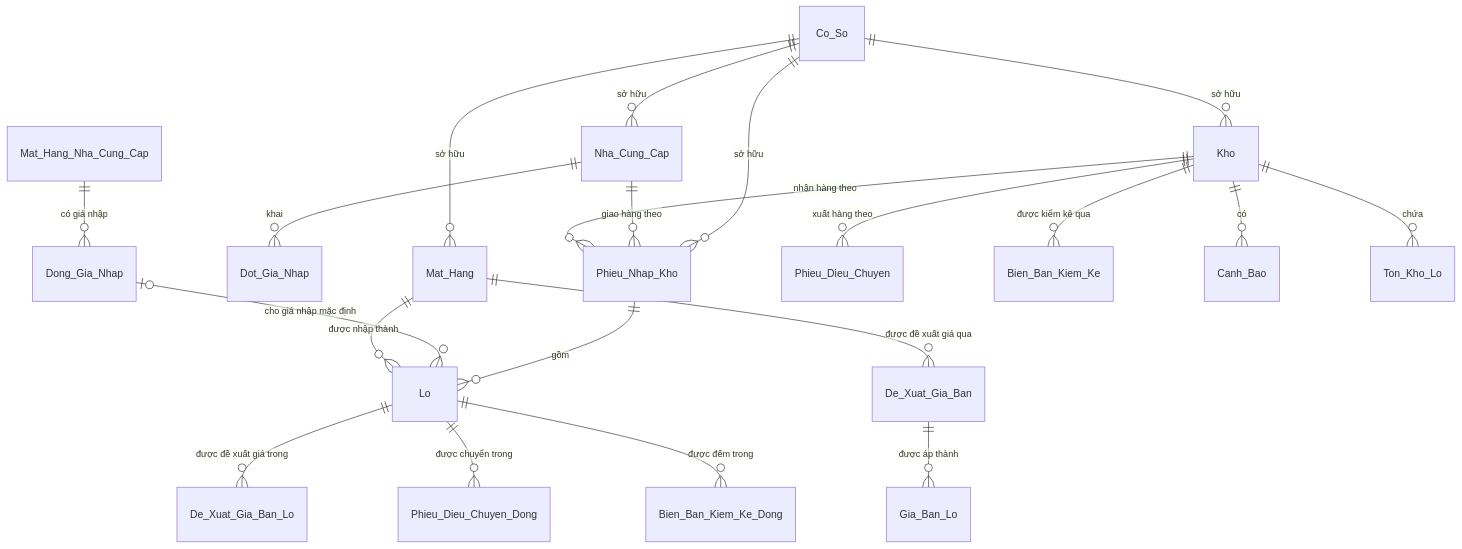
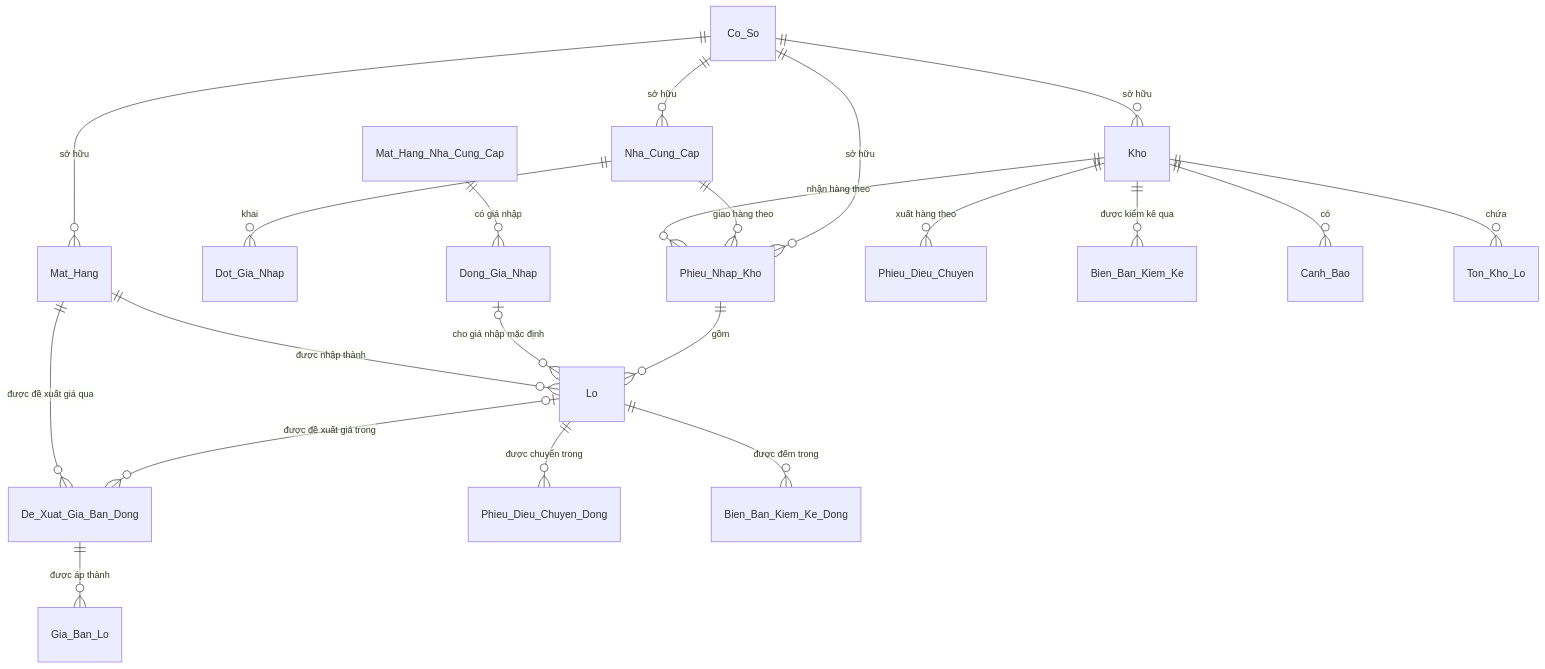
Before and after one commit to phongnq12/StudyPM3: the first of 8 diagrams in 2-ba-overview/3-erd/ERD_PM3CSCN_QuanLyKhoCangTin_v02.md, drawn with Mermaid. The commit also changed other lines of this file, not shown here.

First line of the commit message:
spec(du-an/3-erd): bổ sung theo lớp 5

````diff
--- a/2-ba-overview/3-erd/ERD_PM3CSCN_QuanLyKhoCangTin_v02.md
+++ b/2-ba-overview/3-erd/ERD_PM3CSCN_QuanLyKhoCangTin_v02.md
@@ -135,23 +136,23 @@
 ```mermaid
 erDiagram
     Co_So ||--o{ Kho : "sở hữu"
     Co_So ||--o{ Mat_Hang : "sở hữu"
     Co_So ||--o{ Nha_Cung_Cap : "sở hữu"
     Nha_Cung_Cap ||--o{ Dot_Gia_Nhap : "khai"
     Mat_Hang_Nha_Cung_Cap ||--o{ Dong_Gia_Nhap : "có giá nhập"
     Kho ||--o{ Phieu_Nhap_Kho : "nhận hàng theo"
     Nha_Cung_Cap ||--o{ Phieu_Nhap_Kho : "giao hàng theo"
     Mat_Hang ||--o{ Lo : "được nhập thành"
     Dong_Gia_Nhap |o--o{ Lo : "cho giá nhập mặc định"
-    Mat_Hang ||--o{ De_Xuat_Gia_Ban : "được đề xuất giá qua"
-    Lo ||--o{ De_Xuat_Gia_Ban_Lo : "được đề xuất giá trong"
+    Mat_Hang ||--o{ De_Xuat_Gia_Ban_Dong : "được đề xuất giá qua"
+    Lo |o--o{ De_Xuat_Gia_Ban_Dong : "được đề xuất giá trong"
     Kho ||--o{ Phieu_Dieu_Chuyen : "xuất hàng theo"
     Lo ||--o{ Phieu_Dieu_Chuyen_Dong : "được chuyển trong"
     Kho ||--o{ Bien_Ban_Kiem_Ke : "được kiểm kê qua"
     Lo ||--o{ Bien_Ban_Kiem_Ke_Dong : "được đếm trong"
     Kho ||--o{ Canh_Bao : "có"
     Phieu_Nhap_Kho ||--o{ Lo : "gồm"
     Kho ||--o{ Ton_Kho_Lo : "chứa"
-    De_Xuat_Gia_Ban ||--o{ Gia_Ban_Lo : "được áp thành"
+    De_Xuat_Gia_Ban_Dong ||--o{ Gia_Ban_Lo : "được áp thành"
     Co_So ||--o{ Phieu_Nhap_Kho : "sở hữu"
 ```
````
